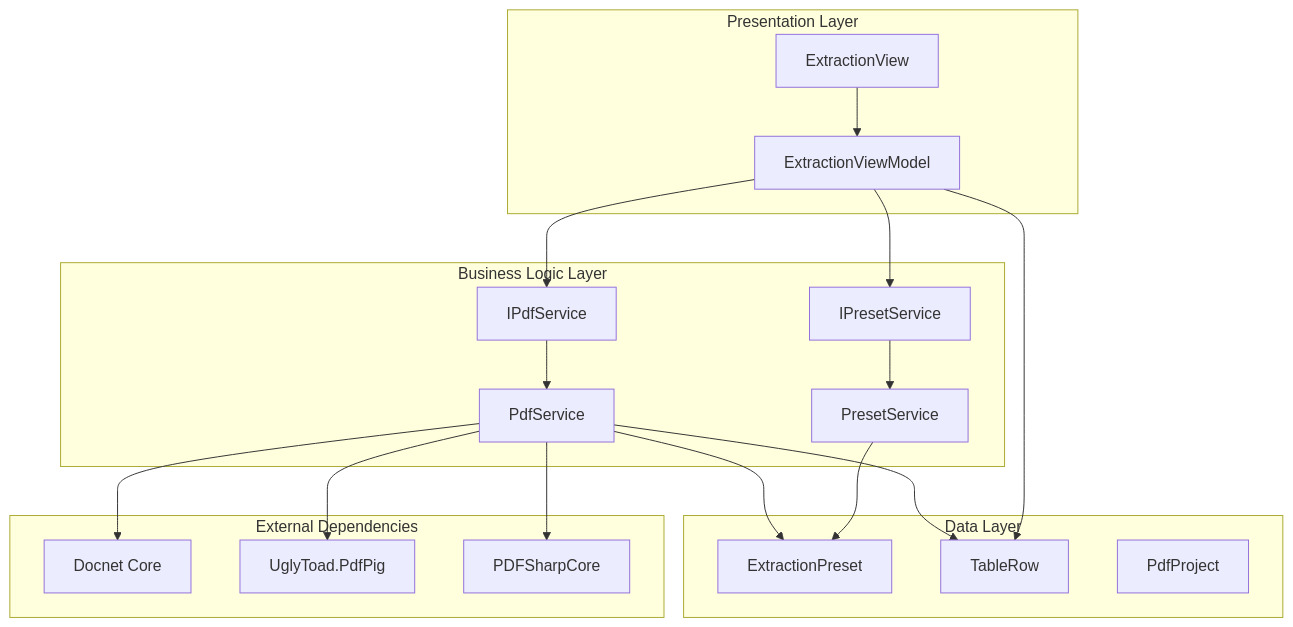
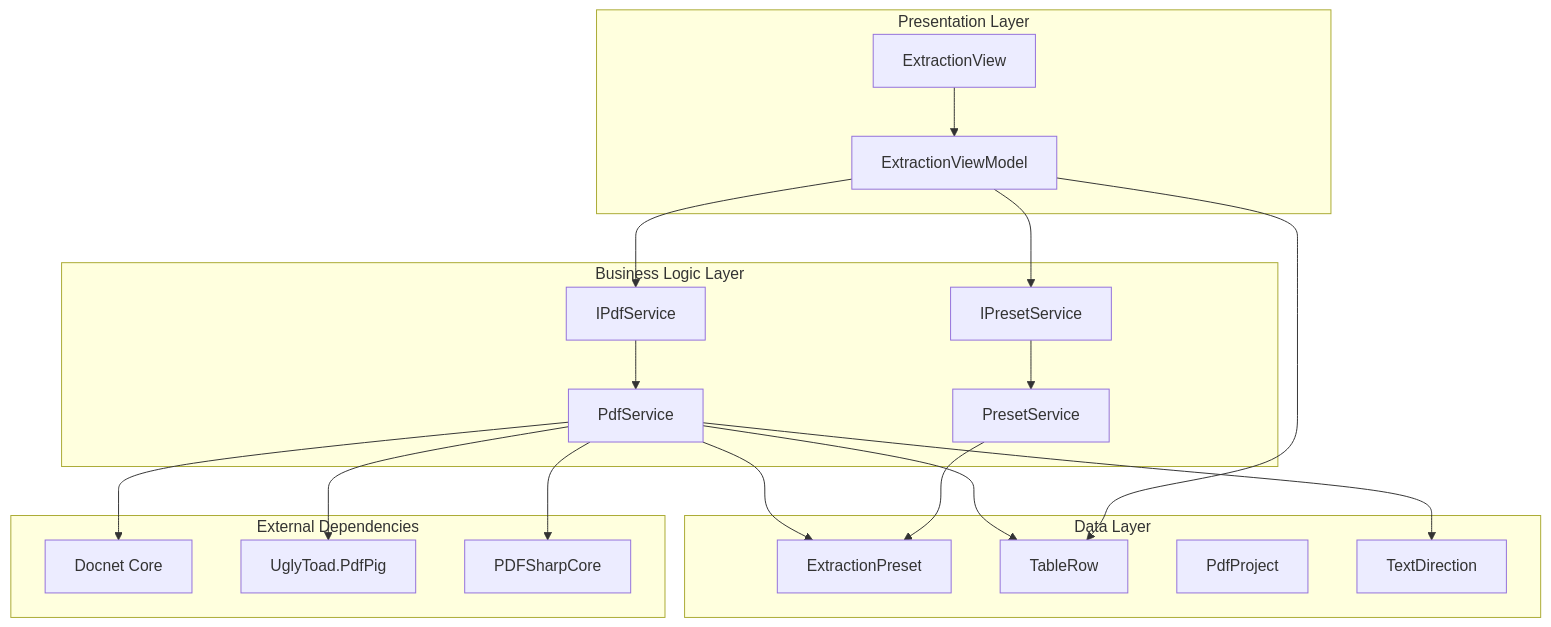
The first of 6 diagrams in .qoder/repowiki/en/content/User Guide/Extraction Mode.md (Kibnet/PDFAnnotator), drawn with Mermaid before and after one commit. The commit also changed other lines of this file and 4 other files, not shown here.

First line of the commit message:
feat(pdf-service): add text direction control and caching improvements

````diff
--- a/.qoder/repowiki/en/content/User Guide/Extraction Mode.md
+++ b/.qoder/repowiki/en/content/User Guide/Extraction Mode.md
@@ -40,35 +48,37 @@
 ```mermaid
 graph TB
 subgraph "Presentation Layer"
 EV[ExtractionView]
 EVM[ExtractionViewModel]
 end
 subgraph "Business Logic Layer"
 IPDF[IPdfService]
 IPS[IPresetService]
 PDF[PdfService]
 PS[PresetService]
 end
 subgraph "Data Layer"
 EP[ExtractionPreset]
 TR[TableRow]
 PJ[PdfProject]
+TD[TextDirection]
 end
 subgraph "External Dependencies"
 DOCNET[Docnet Core]
 PDFPIG[UglyToad.PdfPig]
 PDFSHARP[PDFSharpCore]
 end
 EV --> EVM
 EVM --> IPDF
 EVM --> IPS
 IPDF --> PDF
 IPS --> PS
 PDF --> DOCNET
 PDF --> PDFPIG
 PDF --> PDFSHARP
 PDF --> EP
 PDF --> TR
+PDF --> TD
 PS --> EP
 EVM --> TR
 ```
````
